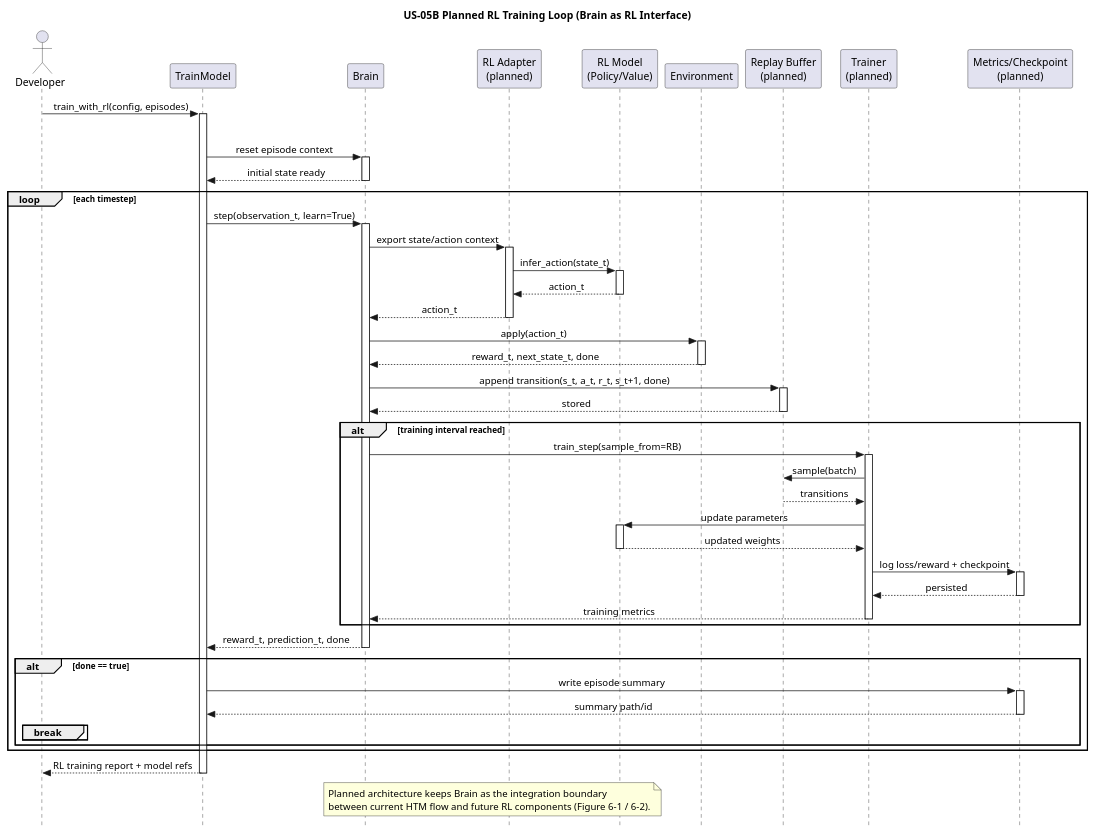
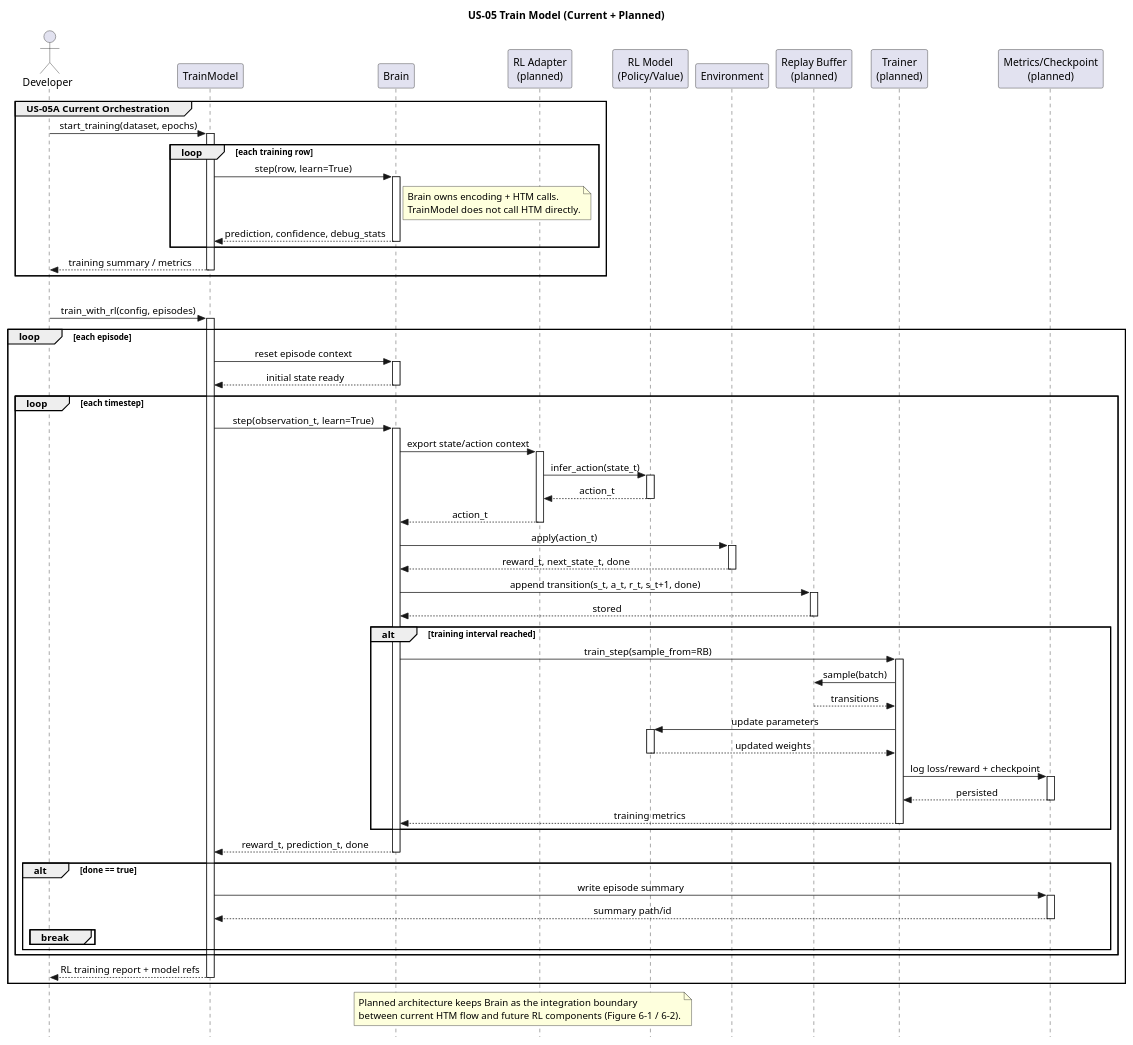
Before and after one commit to egrembocki/htmrl: the diagram in docs/puml/US/us-05.puml, drawn with PlantUML. The commit also changed other lines of this file and 4 other files, not shown here.

```diff
--- a/docs/puml/US/us-05.puml
+++ b/docs/puml/US/us-05.puml
@@ -31,86 +1,108 @@
 @startuml
 skinparam style strictuml
 skinparam sequenceMessageAlign center
 skinparam responseMessageBelowArrow true
 
-title US-05B Planned RL Training Loop (Brain as RL Interface)
+title US-05 Train Model (Current + Planned)
 
 actor Developer as D
 participant "TrainModel" as TM
 participant "Brain" as B
 participant "RL Adapter\n(planned)" as RLA
 participant "RL Model\n(Policy/Value)" as RLM
 participant "Environment" as ENV
 participant "Replay Buffer\n(planned)" as RB
 participant "Trainer\n(planned)" as TR
 participant "Metrics/Checkpoint\n(planned)" as MC
 
-D -> TM: train_with_rl(config, episodes)
-activate TM
+group US-05A Current Orchestration
+  D -> TM: start_training(dataset, epochs)
+  activate TM
 
-loop each episode
-  TM -> B: reset episode context
-  activate B
-  B --> TM: initial state ready
-  deactivate B
+  loop each training row
+    TM -> B: step(row, learn=True)
+    activate B
+    note right of B
+      Brain owns encoding + HTM calls.
+      TrainModel does not call HTM directly.
+    end note
 
-  loop each timestep
-    TM -> B: step(observation_t, learn=True)
+    B --> TM: prediction, confidence, debug_stats
+    deactivate B
+  end
+
+  TM --> D: training summary / metrics
+  deactivate TM
+end
+
+group US-05B Planned RL Training Loop (Brain as RL Interface)
+  D -> TM: train_with_rl(config, episodes)
+  activate TM
+
+  loop each episode
+    TM -> B: reset episode context
     activate B
-    B -> RLA: export state/action context
-    activate RLA
-    RLA -> RLM: infer_action(state_t)
-    activate RLM
-    RLM --> RLA: action_t
-    deactivate RLM
-    RLA --> B: action_t
-    deactivate RLA
-
-    B -> ENV: apply(action_t)
-    activate ENV
-    ENV --> B: reward_t, next_state_t, done
-    deactivate ENV
-
-    B -> RB: append transition(s_t, a_t, r_t, s_t+1, done)
-    activate RB
-    RB --> B: stored
-    deactivate RB
-
-    alt training interval reached
-      B -> TR: train_step(sample_from=RB)
-      activate TR
-      TR -> RB: sample(batch)
-      RB --> TR: transitions
-      TR -> RLM: update parameters
-      activate RLM
-      RLM --> TR: updated weights
-      deactivate RLM
-      TR -> MC: log loss/reward + checkpoint
-      activate MC
-      MC --> TR: persisted
-      deactivate MC
-      TR --> B: training metrics
-      deactivate TR
-    end
-
-    B --> TM: reward_t, prediction_t, done
+    B --> TM: initial state ready
     deactivate B
 
-    alt done == true
-      TM -> MC: write episode summary
-      activate MC
-      MC --> TM: summary path/id
-      deactivate MC
-      break
+    loop each timestep
+      TM -> B: step(observation_t, learn=True)
+      activate B
+      B -> RLA: export state/action context
+      activate RLA
+      RLA -> RLM: infer_action(state_t)
+      activate RLM
+      RLM --> RLA: action_t
+      deactivate RLM
+      RLA --> B: action_t
+      deactivate RLA
+
+      B -> ENV: apply(action_t)
+      activate ENV
+      ENV --> B: reward_t, next_state_t, done
+      deactivate ENV
+
+      B -> RB: append transition(s_t, a_t, r_t, s_t+1, done)
+      activate RB
+      RB --> B: stored
+      deactivate RB
+
+      alt training interval reached
+        B -> TR: train_step(sample_from=RB)
+        activate TR
+        TR -> RB: sample(batch)
+        RB --> TR: transitions
+        TR -> RLM: update parameters
+        activate RLM
+        RLM --> TR: updated weights
+        deactivate RLM
+        TR -> MC: log loss/reward + checkpoint
+        activate MC
+        MC --> TR: persisted
+        deactivate MC
+        TR --> B: training metrics
+        deactivate TR
+      end
+
+      B --> TM: reward_t, prediction_t, done
+      deactivate B
+
+      alt done == true
+        TM -> MC: write episode summary
+        activate MC
+        MC --> TM: summary path/id
+        deactivate MC
+        break
+      end
     end
   end
+
+  TM --> D: RL training report + model refs
+  deactivate TM
 end
-
-TM --> D: RL training report + model refs
-deactivate TM
 
 note over B,RLM
 Planned architecture keeps Brain as the integration boundary
 between current HTM flow and future RL components (Figure 6-1 / 6-2).
 end note
 @enduml
```
